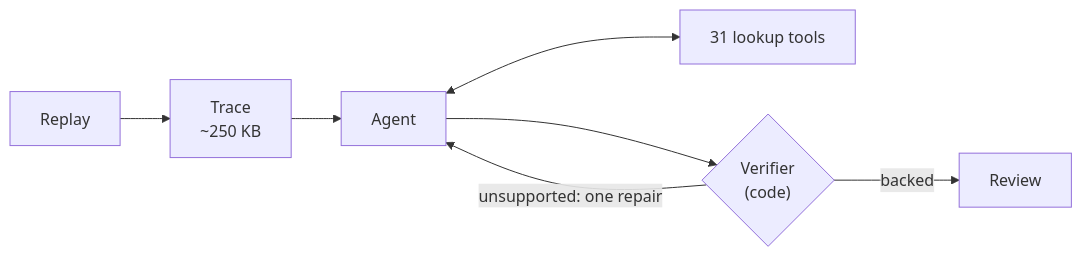
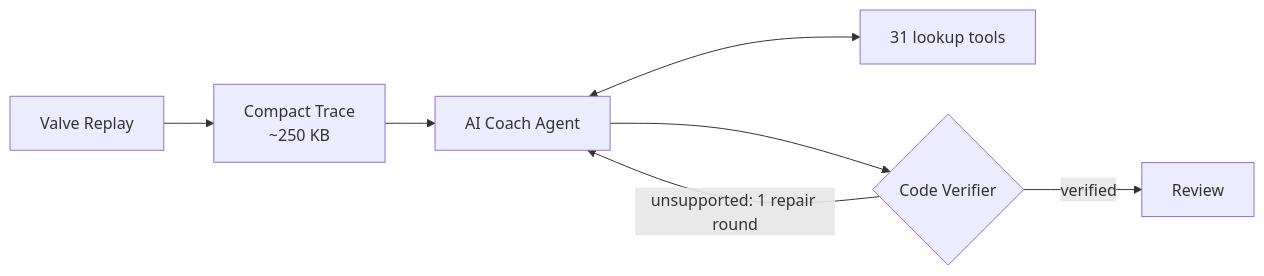
Before and after one commit to qianhaoq/dota2.ai: the diagram in README.md, drawn with Mermaid. The commit also changed other lines of this file and 8 other files, not shown here.

````diff
--- a/README.md
+++ b/README.md
@@ -102,9 +152,9 @@
 ```mermaid
 flowchart LR
-    R["Replay"] --> T["Trace<br/>~250 KB"]
-    T --> A["Agent"]
+    R["Valve Replay"] --> T["Compact Trace<br/>~250 KB"]
+    T --> A["AI Coach Agent"]
     A <--> L["31 lookup tools"]
-    A --> V{"Verifier<br/>(code)"}
-    V -- "unsupported: one repair" --> A
-    V -- "backed" --> D["Review"]
+    A --> V{"Code Verifier"}
+    V -- "unsupported: 1 repair round" --> A
+    V -- "verified" --> D["Review"]
 ```
````
